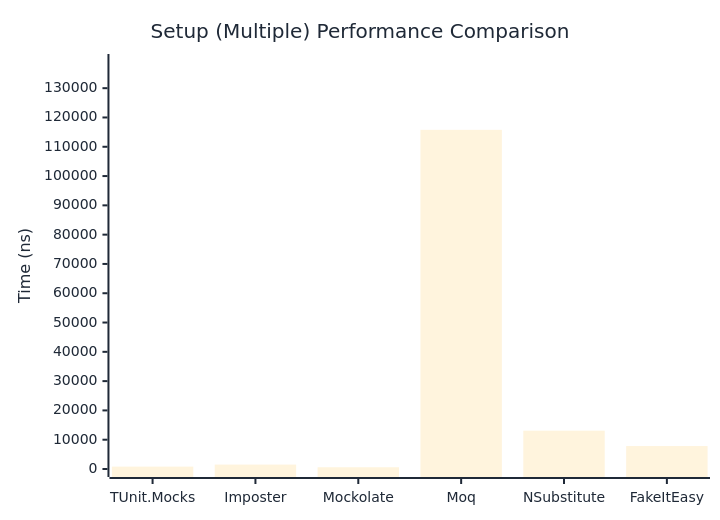
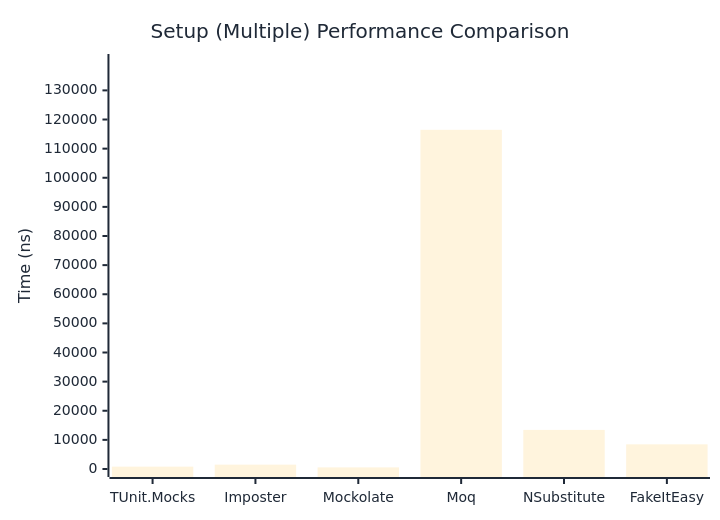
Before and after one commit to thomhurst/TUnit: the second of 2 diagrams in docs/docs/benchmarks/mocks/Setup.md, drawn with Mermaid. The commit also changed other lines of this file and 14 other files, not shown here.

````diff
--- a/docs/docs/benchmarks/mocks/Setup.md
+++ b/docs/docs/benchmarks/mocks/Setup.md
@@ -71,27 +71,27 @@
 ```mermaid
 %%{init: {
   'theme':'base',
   'themeVariables': {
     'primaryColor': '#2563eb',
     'primaryTextColor': '#1f2937',
     'primaryBorderColor': '#1e40af',
     'lineColor': '#6b7280',
     'secondaryColor': '#7c3aed',
     'tertiaryColor': '#dc2626',
     'background': '#ffffff',
     'pie1': '#2563eb',
     'pie2': '#7c3aed',
     'pie3': '#dc2626',
     'pie4': '#f59e0b',
     'pie5': '#10b981',
     'pie6': '#06b6d4',
     'pie7': '#ec4899',
     'pie8': '#6366f1'
   }
 }}%%
 xychart-beta
   title "Setup (Multiple) Performance Comparison"
   x-axis ["TUnit.Mocks", "Imposter", "Mockolate", "Moq", "NSubstitute", "FakeItEasy"]
-  y-axis "Time (ns)" 0 --> 138936
-  bar [814.9, 1510, 596.3, 115779.6, 13083.7, 7838.3]
+  y-axis "Time (ns)" 0 --> 139745
+  bar [805.4, 1493.6, 550.1, 116454, 13423.5, 8465.4]
 ```
````
